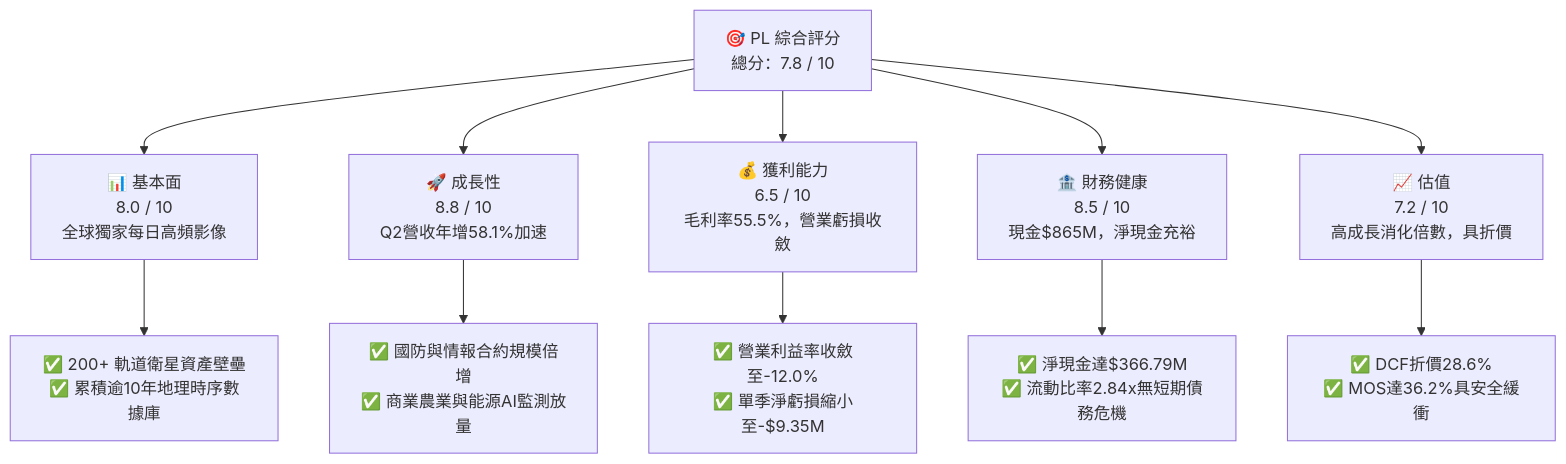
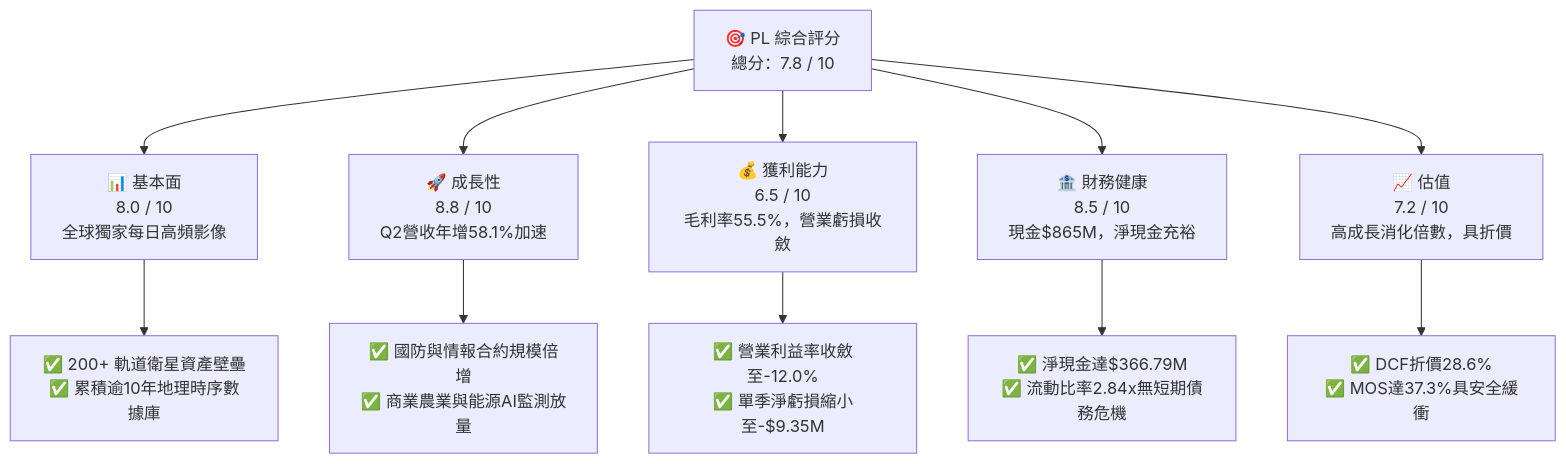
The first of 15 diagrams in ai_gen_report/fundamental/pl/fundamental_analysis_2026-10-21_gemini.md (yennanliu/finance_data), drawn with Mermaid before and after one commit. The commit also changed other lines of this file and 339 other files, not shown here.

````diff
--- a/ai_gen_report/fundamental/pl/fundamental_analysis_2026-10-21_gemini.md
+++ b/ai_gen_report/fundamental/pl/fundamental_analysis_2026-10-21_gemini.md
@@ -60,22 +67,22 @@
 ```mermaid
 graph TD
     TICKER["🎯 PL 綜合評分<br/>總分：7.8 / 10"]
 
     F["📊 基本面<br/>8.0 / 10<br/>全球獨家每日高頻影像"]
     G["🚀 成長性<br/>8.8 / 10<br/>Q2營收年增58.1%加速"]
     P["💰 獲利能力<br/>6.5 / 10<br/>毛利率55.5%，營業虧損收斂"]
     B["🏦 財務健康<br/>8.5 / 10<br/>現金$865M，淨現金充裕"]
     V["📈 估值<br/>7.2 / 10<br/>高成長消化倍數，具折價"]
 
     TICKER --> F
     TICKER --> G
     TICKER --> P
     TICKER --> B
     TICKER --> V
 
     F --> F1["✅ 200+ 軌道衛星資產壁壘<br/>✅ 累積逾10年地理時序數據庫"]
     G --> G1["✅ 國防與情報合約規模倍增<br/>✅ 商業農業與能源AI監測放量"]
     P --> P1["✅ 營業利益率收斂至-12.0%<br/>✅ 單季淨虧損縮小至-$9.35M"]
     B --> B1["✅ 淨現金達$366.79M<br/>✅ 流動比率2.84x無短期債務危機"]
-    V --> V1["✅ DCF折價28.6%<br/>✅ MOS達36.2%具安全緩衝"]
+    V --> V1["✅ DCF折價28.6%<br/>✅ MOS達37.3%具安全緩衝"]
 ```
````
